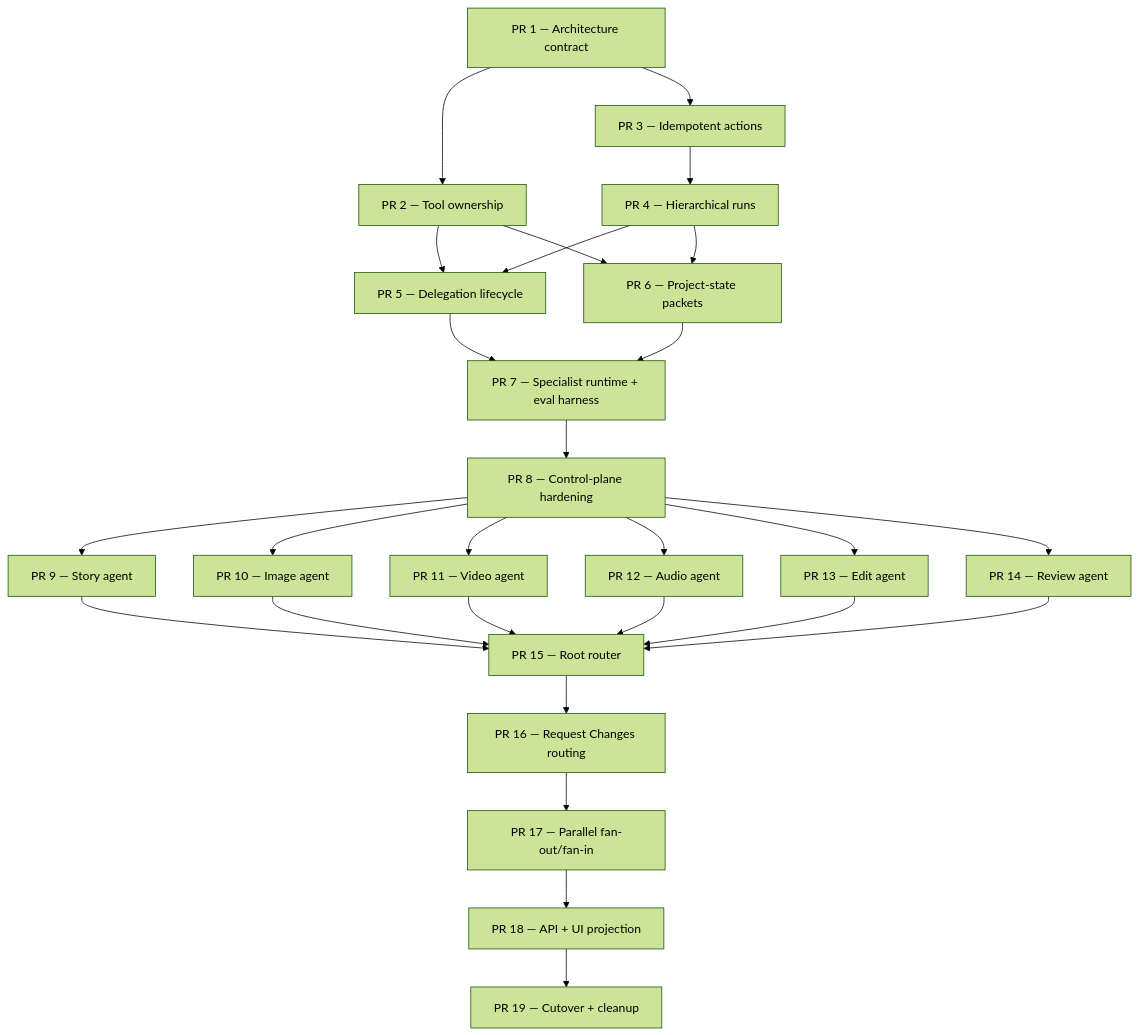
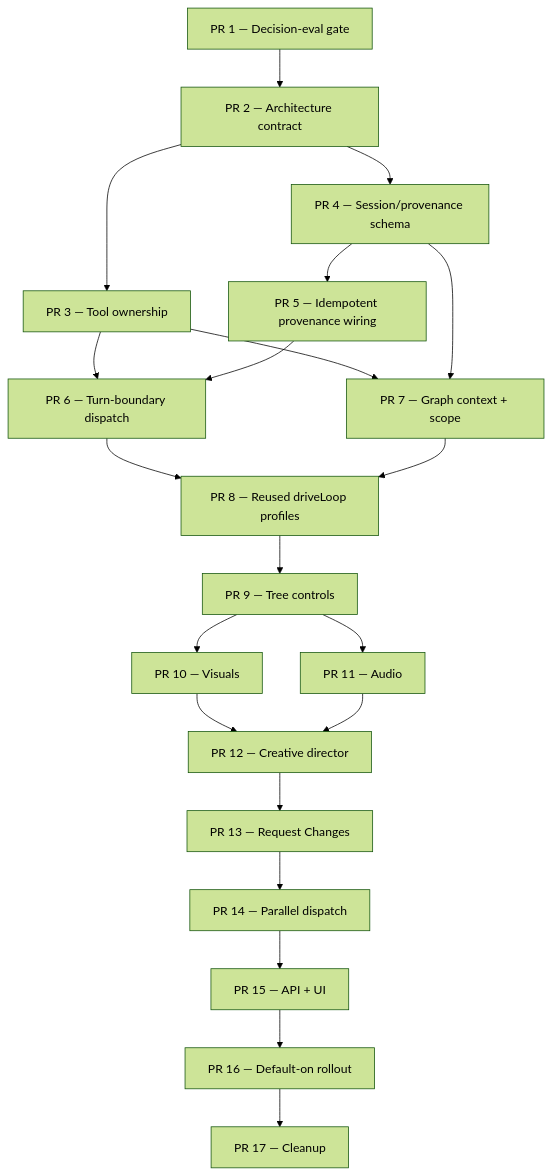
Before and after one commit to kmgrassi/PopcornReady: the second of 2 diagrams in docs/scopes/specialist-agent-orchestration-prs.md, drawn with Mermaid (forest theme). The commit also changed other lines of this file and 3 other files, not shown here.

Commit message:
Refine creative director orchestration scope

````diff
--- a/docs/scopes/specialist-agent-orchestration-prs.md
+++ b/docs/scopes/specialist-agent-orchestration-prs.md
@@ -284,32 +402,23 @@
 ```mermaid
 flowchart TD
-  P1["PR 1 — Architecture contract"] --> P2["PR 2 — Tool ownership"]
-  P1 --> P3["PR 3 — Idempotent actions"]
-  P3 --> P4["PR 4 — Hierarchical runs"]
-  P4 --> P5["PR 5 — Delegation lifecycle"]
-  P2 --> P5
-  P2 --> P6["PR 6 — Project-state packets"]
-  P4 --> P6
-  P5 --> P7["PR 7 — Specialist runtime + eval harness"]
-  P6 --> P7
-
-  P7 --> P8["PR 8 — Control-plane hardening"]
-  P8 --> P9["PR 9 — Story agent"]
-  P8 --> P10["PR 10 — Image agent"]
-  P8 --> P11["PR 11 — Video agent"]
-  P8 --> P12["PR 12 — Audio agent"]
-  P8 --> P13["PR 13 — Edit agent"]
-  P8 --> P14["PR 14 — Review agent"]
-
-  P9 --> P15["PR 15 — Root router"]
-  P10 --> P15
-  P11 --> P15
-  P12 --> P15
-  P13 --> P15
-  P14 --> P15
-
-  P15 --> P16["PR 16 — Request Changes routing"]
-  P16 --> P17["PR 17 — Parallel fan-out/fan-in"]
-  P17 --> P18["PR 18 — API + UI projection"]
-  P18 --> P19["PR 19 — Cutover + cleanup"]
+  P1["PR 1 — Decision-eval gate"] --> P2["PR 2 — Architecture contract"]
+  P2 --> P3["PR 3 — Tool ownership"]
+  P2 --> P4["PR 4 — Session/provenance schema"]
+  P4 --> P5["PR 5 — Idempotent provenance wiring"]
+  P3 --> P6["PR 6 — Turn-boundary dispatch"]
+  P5 --> P6
+  P3 --> P7["PR 7 — Graph context + scope"]
+  P4 --> P7
+  P6 --> P8["PR 8 — Reused driveLoop profiles"]
+  P7 --> P8
+  P8 --> P9["PR 9 — Tree controls"]
+  P9 --> P10["PR 10 — Visuals"]
+  P9 --> P11["PR 11 — Audio"]
+  P10 --> P12["PR 12 — Creative director"]
+  P11 --> P12
+  P12 --> P13["PR 13 — Request Changes"]
+  P13 --> P14["PR 14 — Parallel dispatch"]
+  P14 --> P15["PR 15 — API + UI"]
+  P15 --> P16["PR 16 — Default-on rollout"]
+  P16 --> P17["PR 17 — Cleanup"]
 ```
````
